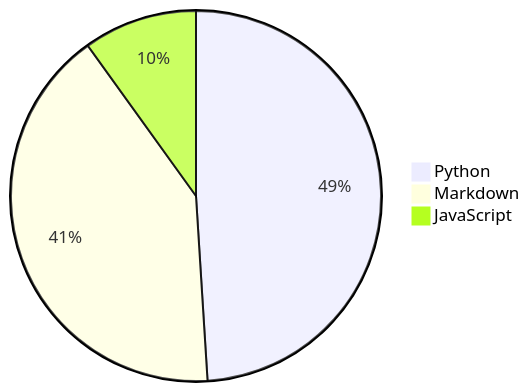
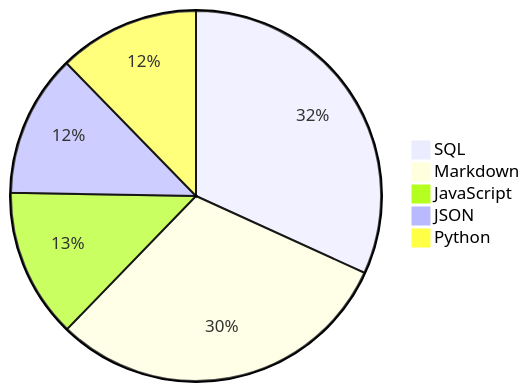
Before and after one commit to Alicia111/alicia111: the diagram in README.md, drawn with Mermaid.

Commit message:
Update WakaTime stats (・ω・)b

````diff
--- a/README.md
+++ b/README.md
@@ -32,6 +32,8 @@
 ```mermaid
 pie
-    "Python" : 49.01
-    "Markdown" : 41.07
-    "JavaScript" : 9.93
+    "SQL" : 29.75
+    "Markdown" : 28.46
+    "JavaScript" : 12.2
+    "JSON" : 11.61
+    "Python" : 11.5
 ```
````
